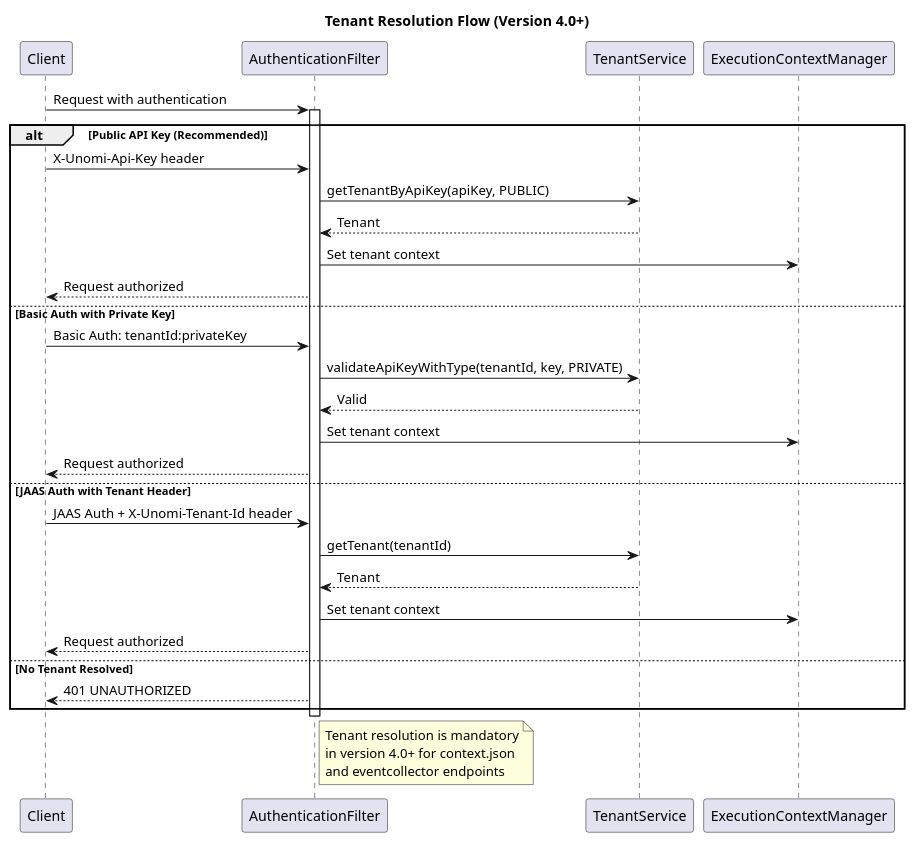
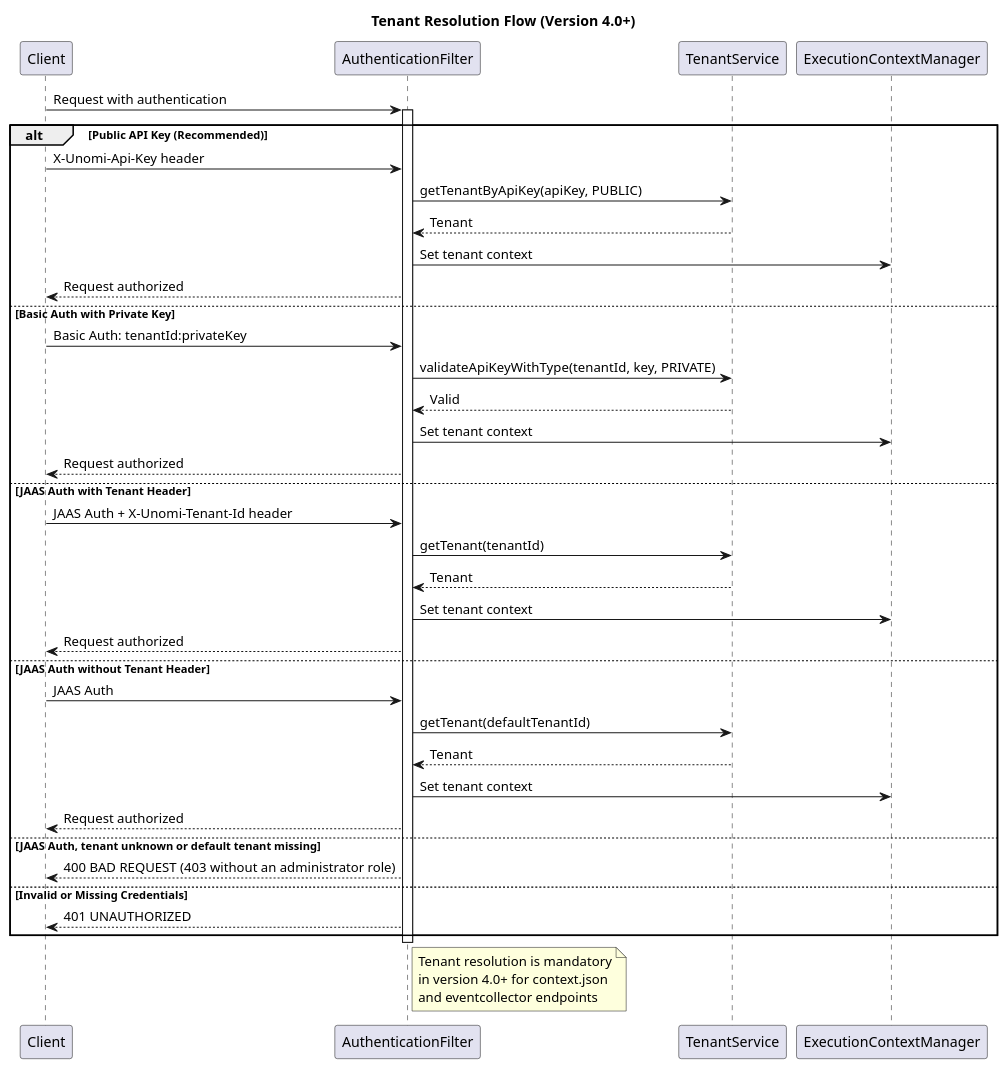
Before and after one commit to apache/unomi: the second of 6 diagrams in manual/src/main/asciidoc/how-profile-tracking-works.adoc, drawn with PlantUML. The commit also changed other lines of this file and 25 other files, not shown here.

Commit message:
UNOMI-1008: Use a configurable tenant for JAAS admin requests without a header (#935)

```diff
--- a/manual/src/main/asciidoc/how-profile-tracking-works.adoc
+++ b/manual/src/main/asciidoc/how-profile-tracking-works.adoc
@@ -190,40 +192,48 @@
 [plantuml]
 ----
 @startuml
 title Tenant Resolution Flow (Version 4.0+)
 
 Client -> AuthenticationFilter: Request with authentication
 activate AuthenticationFilter
 
 alt Public API Key (Recommended)
     Client -> AuthenticationFilter: X-Unomi-Api-Key header
     AuthenticationFilter -> TenantService: getTenantByApiKey(apiKey, PUBLIC)
     TenantService --> AuthenticationFilter: Tenant
     AuthenticationFilter -> ExecutionContextManager: Set tenant context
     AuthenticationFilter --> Client: Request authorized
 else Basic Auth with Private Key
     Client -> AuthenticationFilter: Basic Auth: tenantId:privateKey
     AuthenticationFilter -> TenantService: validateApiKeyWithType(tenantId, key, PRIVATE)
     TenantService --> AuthenticationFilter: Valid
     AuthenticationFilter -> ExecutionContextManager: Set tenant context
     AuthenticationFilter --> Client: Request authorized
 else JAAS Auth with Tenant Header
     Client -> AuthenticationFilter: JAAS Auth + X-Unomi-Tenant-Id header
     AuthenticationFilter -> TenantService: getTenant(tenantId)
     TenantService --> AuthenticationFilter: Tenant
     AuthenticationFilter -> ExecutionContextManager: Set tenant context
     AuthenticationFilter --> Client: Request authorized
-else No Tenant Resolved
+else JAAS Auth without Tenant Header
+    Client -> AuthenticationFilter: JAAS Auth
+    AuthenticationFilter -> TenantService: getTenant(defaultTenantId)
+    TenantService --> AuthenticationFilter: Tenant
+    AuthenticationFilter -> ExecutionContextManager: Set tenant context
+    AuthenticationFilter --> Client: Request authorized
+else JAAS Auth, tenant unknown or default tenant missing
+    AuthenticationFilter --> Client: 400 BAD REQUEST (403 without an administrator role)
+else Invalid or Missing Credentials
     AuthenticationFilter --> Client: 401 UNAUTHORIZED
 end
 
 deactivate AuthenticationFilter
 
 note right of AuthenticationFilter
     Tenant resolution is mandatory
     in version 4.0+ for context.json
     and eventcollector endpoints
 end note
 
 @enduml
 ----
```
